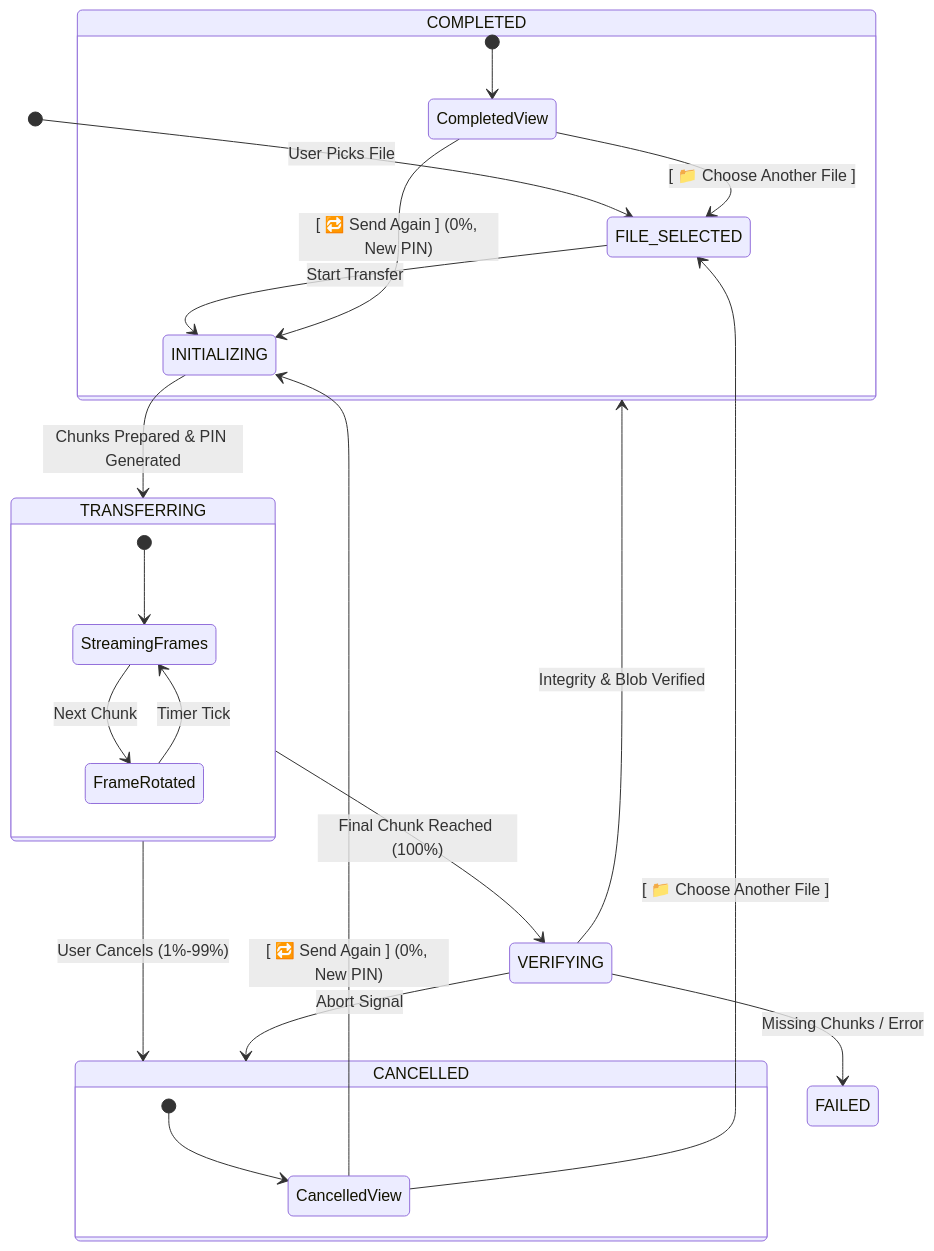
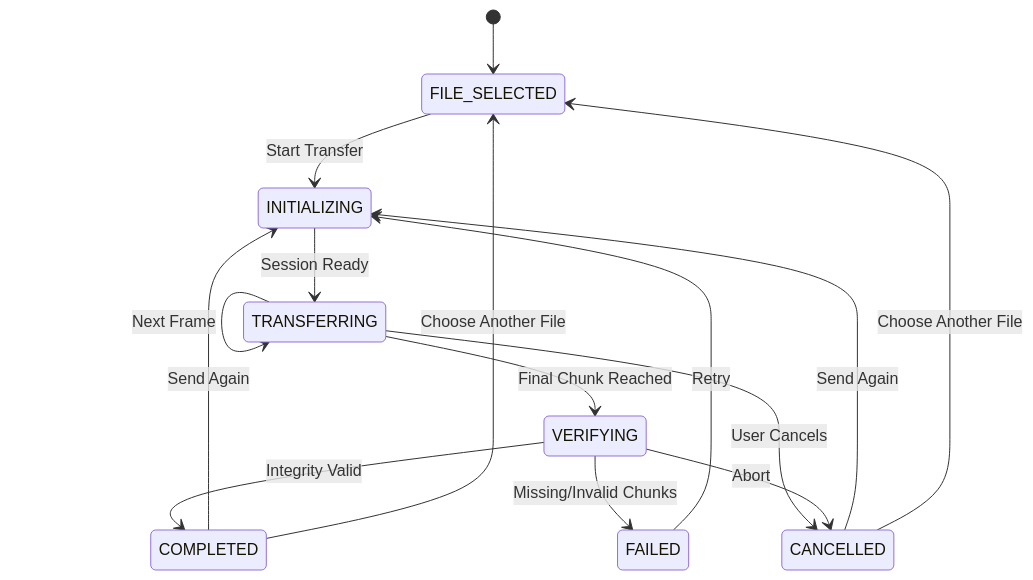
Before and after one commit to sujalkathait93-lab/frameshare: the first of 2 diagrams in README.md, drawn with Mermaid. The commit also changed other lines of this file, not shown here.

Commit message:
docs: update README with detailed optical protocol and architecture

````diff
--- a/README.md
+++ b/README.md
@@ -33,31 +66,24 @@
 ```mermaid
 stateDiagram-v2
-    [*] --> FILE_SELECTED: User Picks File
+
+    [*] --> FILE_SELECTED
+
     FILE_SELECTED --> INITIALIZING: Start Transfer
-    INITIALIZING --> TRANSFERRING: Chunks Prepared & PIN Generated
+    INITIALIZING --> TRANSFERRING: Session Ready
 
-    state TRANSFERRING {
-        [*] --> StreamingFrames
-        StreamingFrames --> FrameRotated: Next Chunk
-        FrameRotated --> StreamingFrames: Timer Tick
-    }
+    TRANSFERRING --> TRANSFERRING: Next Frame
+    TRANSFERRING --> VERIFYING: Final Chunk Reached
+    TRANSFERRING --> CANCELLED: User Cancels
 
-    TRANSFERRING --> CANCELLED: User Cancels (1%-99%)
-    TRANSFERRING --> VERIFYING: Final Chunk Reached (100%)
-    
-    VERIFYING --> COMPLETED: Integrity & Blob Verified
-    VERIFYING --> FAILED: Missing Chunks / Error
-    VERIFYING --> CANCELLED: Abort Signal
+    VERIFYING --> COMPLETED: Integrity Valid
+    VERIFYING --> FAILED: Missing/Invalid Chunks
+    VERIFYING --> CANCELLED: Abort
 
-    state CANCELLED {
-        [*] --> CancelledView
-        CancelledView --> INITIALIZING: [ 🔁 Send Again ] (0%, New PIN)
-        CancelledView --> FILE_SELECTED: [ 📁 Choose Another File ]
-    }
+    CANCELLED --> INITIALIZING: Send Again
+    CANCELLED --> FILE_SELECTED: Choose Another File
 
-    state COMPLETED {
-        [*] --> CompletedView
-        CompletedView --> INITIALIZING: [ 🔁 Send Again ] (0%, New PIN)
-        CompletedView --> FILE_SELECTED: [ 📁 Choose Another File ]
-    }
+    COMPLETED --> INITIALIZING: Send Again
+    COMPLETED --> FILE_SELECTED: Choose Another File
+
+    FAILED --> INITIALIZING: Retry
 ```
````
